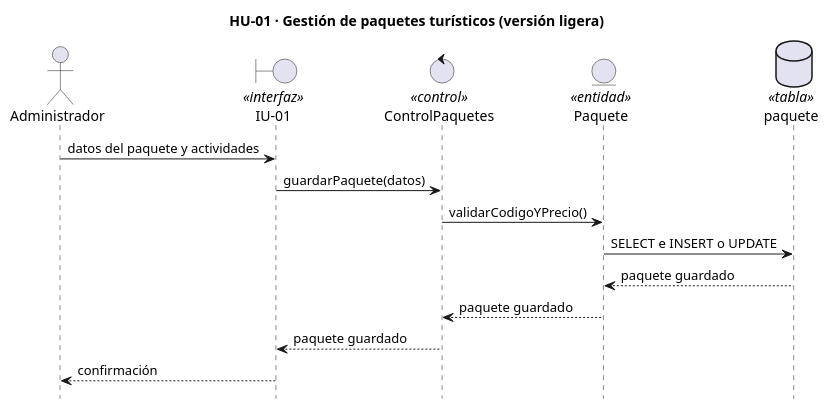
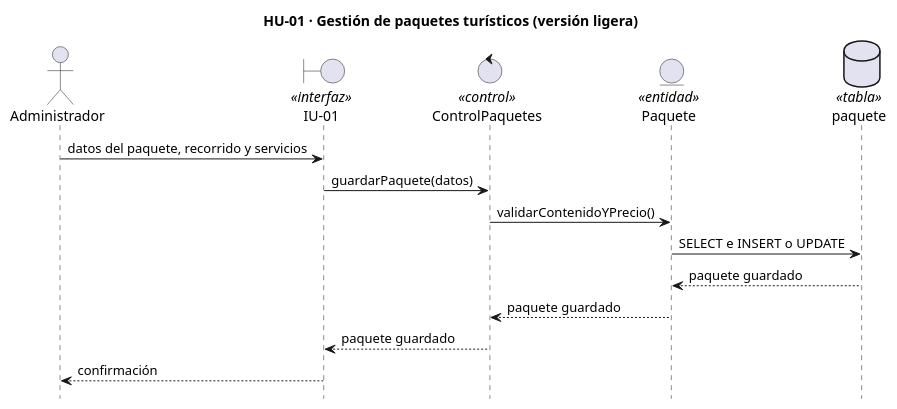
Before and after one commit to fervflow/sis-inf3-proyecto-formativo: the diagram in sistema/diagramas/uml/secuencia-light/hu-01-gestionar-paquetes.puml, drawn with PlantUML. The commit also changed 49 other files, not shown here.

```diff
--- a/sistema/diagramas/uml/secuencia-light/hu-01-gestionar-paquetes.puml
+++ b/sistema/diagramas/uml/secuencia-light/hu-01-gestionar-paquetes.puml
@@ -1,19 +1,19 @@
 @startuml
 title HU-01 · Gestión de paquetes turísticos (versión ligera)
 hide footbox
 
 actor "Administrador" as ADM
 boundary "IU-01" as UI <<interfaz>>
 control "ControlPaquetes" as CTRL <<control>>
 entity "Paquete" as E_PAQUETE <<entidad>>
 database "paquete" as T_PAQUETE <<tabla>>
 
-ADM -> UI : datos del paquete y actividades
+ADM -> UI : datos del paquete, recorrido y servicios
 UI -> CTRL : guardarPaquete(datos)
-CTRL -> E_PAQUETE : validarCodigoYPrecio()
+CTRL -> E_PAQUETE : validarContenidoYPrecio()
 E_PAQUETE -> T_PAQUETE : SELECT e INSERT o UPDATE
 T_PAQUETE --> E_PAQUETE : paquete guardado
 E_PAQUETE --> CTRL : paquete guardado
 CTRL --> UI : paquete guardado
 UI --> ADM : confirmación
 @enduml
```
